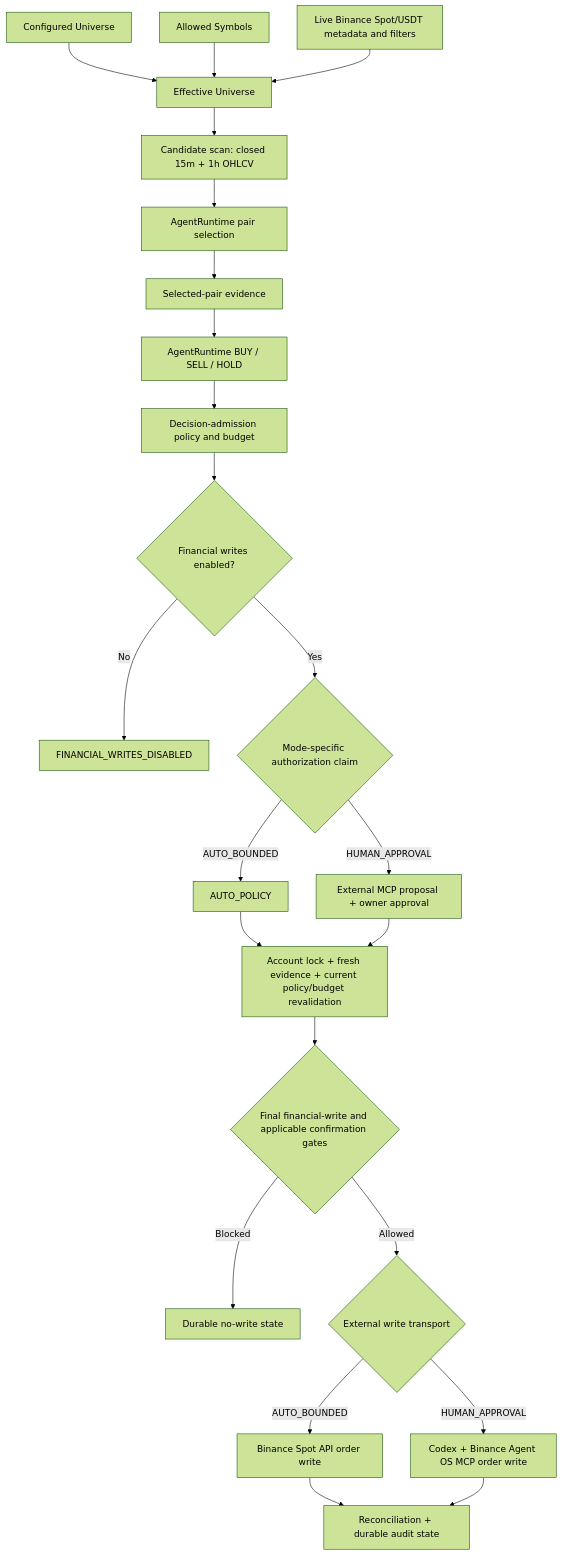
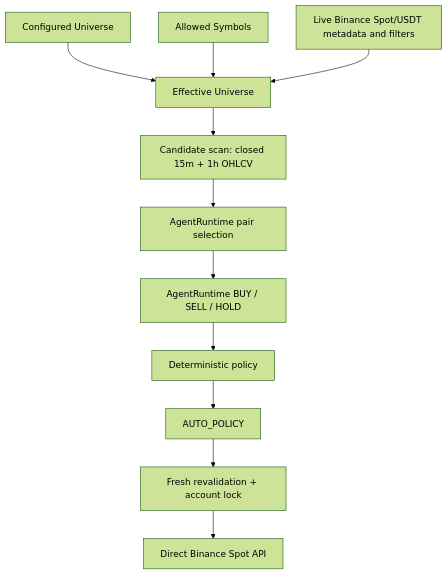
The first of 2 diagrams in docs/ARCHITECTURE.md (riyannode/DARWIN), drawn with Mermaid (forest theme) before and after one commit. The commit also changed other lines of this file, not shown here.

Commit message:
docs: sync architecture with current runtime

````diff
--- a/docs/ARCHITECTURE.md
+++ b/docs/ARCHITECTURE.md
@@ -16,25 +18,13 @@
 ```mermaid
 flowchart TD
     C[Configured Universe] --> E[Effective Universe]
     A[Allowed Symbols] --> E
     B[Live Binance Spot/USDT metadata and filters] --> E
     E --> S[Candidate scan: closed 15m + 1h OHLCV]
     S --> P[AgentRuntime pair selection]
-    P --> D[Selected-pair evidence]
-    D --> M[AgentRuntime BUY / SELL / HOLD]
-    M --> G[Decision-admission policy and budget]
-    G --> W{Financial writes enabled?}
-    W -->|No| N[FINANCIAL_WRITES_DISABLED]
-    W -->|Yes| X{Mode-specific authorization claim}
-    X -->|AUTO_BOUNDED| AA[AUTO_POLICY]
-    X -->|HUMAN_APPROVAL| HA[External MCP proposal + owner approval]
-    AA --> Q[Account lock + fresh evidence + current policy/budget revalidation]
-    HA --> Q
-    Q --> F{Final financial-write and applicable confirmation gates}
-    F -->|Blocked| K[Durable no-write state]
-    F -->|Allowed| T{External write transport}
-    T -->|AUTO_BOUNDED| R[Binance Spot API order write]
-    T -->|HUMAN_APPROVAL| H[Codex + Binance Agent OS MCP order write]
-    R --> J[Reconciliation + durable audit state]
-    H --> J
+    P --> M[AgentRuntime BUY / SELL / HOLD]
+    M --> G[Deterministic policy]
+    G --> W[AUTO_POLICY]
+    W --> Q[Fresh revalidation + account lock]
+    Q --> R[Direct Binance Spot API]
 ```
````
